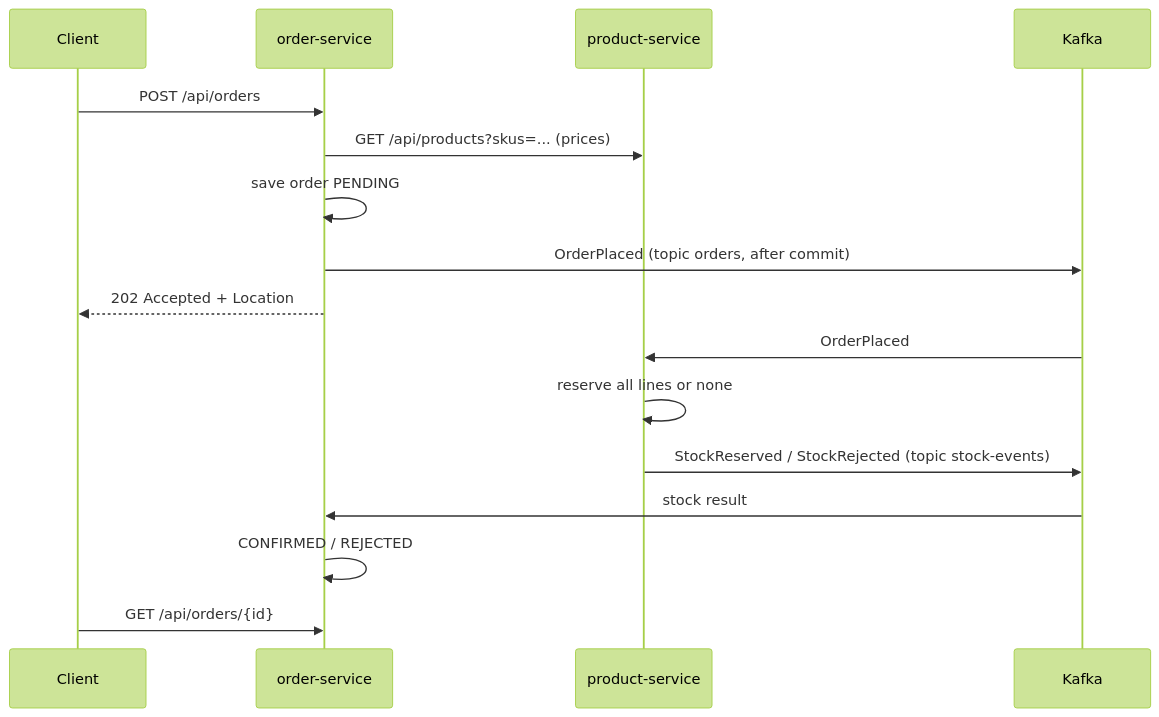
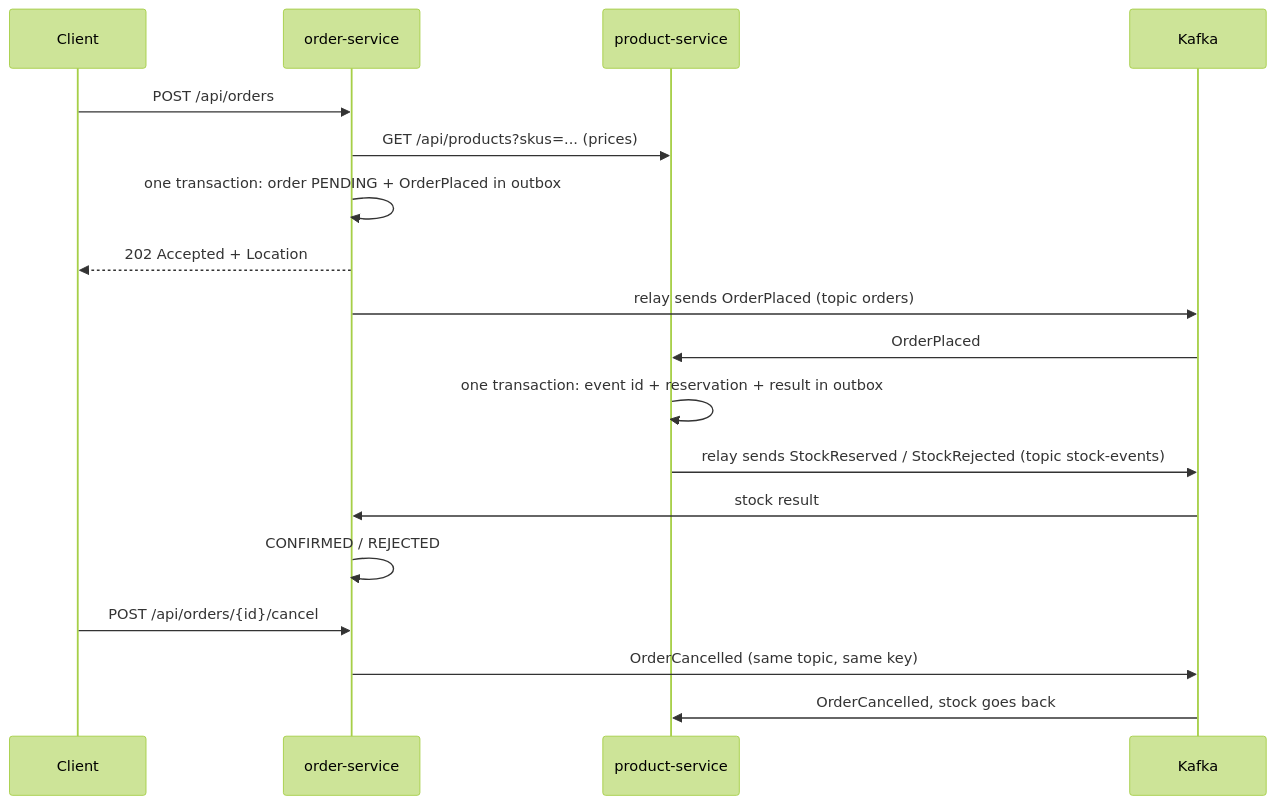
Before and after one commit to Hvozdianchuck/shop-backend: the diagram in README.md, drawn with Mermaid (forest theme). The commit also changed other lines of this file and 11 other files, not shown here.

````diff
--- a/README.md
+++ b/README.md
@@ -10,18 +11,20 @@
 ```mermaid
 sequenceDiagram
     participant C as Client
     participant O as order-service
     participant P as product-service
     participant K as Kafka
     C->>O: POST /api/orders
     O->>P: GET /api/products?skus=... (prices)
-    O->>O: save order PENDING
-    O->>K: OrderPlaced (topic orders, after commit)
+    O->>O: one transaction: order PENDING + OrderPlaced in outbox
     O-->>C: 202 Accepted + Location
+    O->>K: relay sends OrderPlaced (topic orders)
     K->>P: OrderPlaced
-    P->>P: reserve all lines or none
-    P->>K: StockReserved / StockRejected (topic stock-events)
+    P->>P: one transaction: event id + reservation + result in outbox
+    P->>K: relay sends StockReserved / StockRejected (topic stock-events)
     K->>O: stock result
     O->>O: CONFIRMED / REJECTED
-    C->>O: GET /api/orders/{id}
+    C->>O: POST /api/orders/{id}/cancel
+    O->>K: OrderCancelled (same topic, same key)
+    K->>P: OrderCancelled, stock goes back
 ```
````
